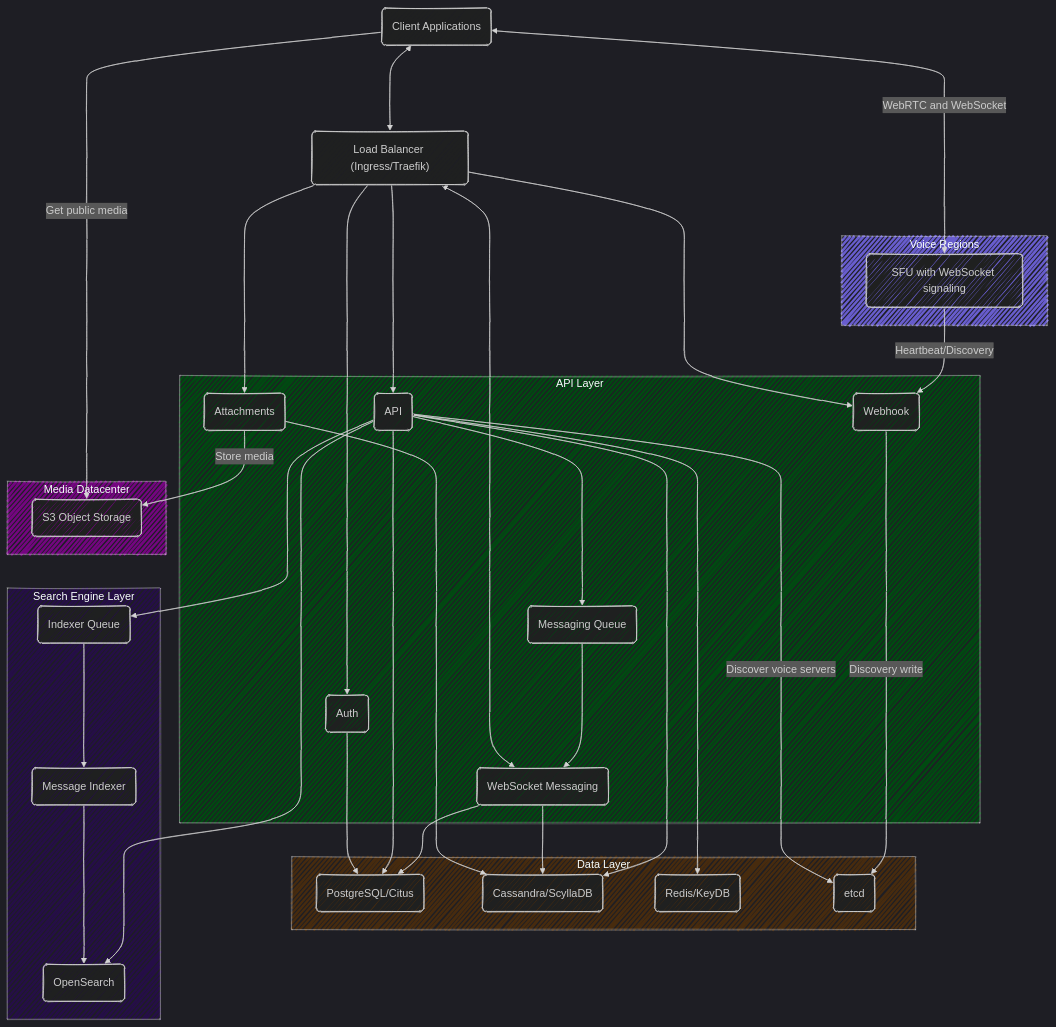
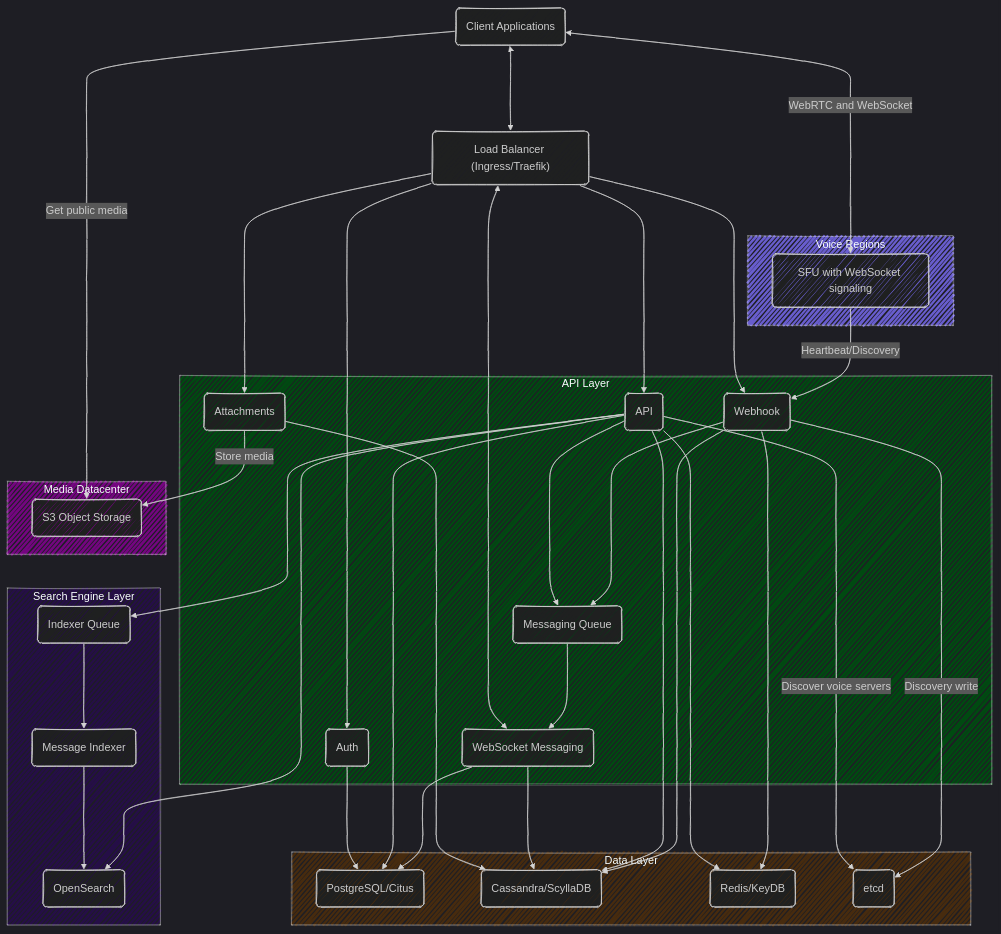
Before and after one commit to FlameInTheDark/gochat: the diagram in docs/project/README.md, drawn with Mermaid. The commit also changed 2 other files, not shown here.

Commit message:
docs: updated flow schema and tool docs

````diff
--- a/docs/project/README.md
+++ b/docs/project/README.md
@@ -21,69 +21,71 @@
 ```mermaid
 ---
 config:
     look: handDrawn
     theme: dark
 ---
 flowchart
     n4("Client Applications")
     n13("Load Balancer (Ingress/Traefik)")
 
     subgraph s1["API Layer"]
         n7("Messaging Queue")
         n3("WebSocket Messaging")
         n2("Auth")
         n1("API")
         n14("Attachments")
         n17("Webhook")
     end
     subgraph s2["Data Layer"]
         n8("PostgreSQL/Citus")
         n6("Cassandra/ScyllaDB")
         n5("Redis/KeyDB")
         n16("etcd")
     end
     subgraph s3["Search Engine Layer"]
         n12("OpenSearch")
         n11("Message Indexer")
         n10("Indexer Queue")
     end
     subgraph s4["Voice Regions"]
         n15("SFU with WebSocket signaling")
     end
     subgraph s5["Media Datacenter"]
         n9("S3 Object Storage")
     end
 
-
+    n17 ---> n6
+    n17 ---> n7
     n1 ---> n7
     n7 ---> n3
-    n3 --> n8
-    n1 --> n6
-    n3 --> n6
-    n1 --> n8
+    n3 ---> n8
+    n1 ---> n6
+    n3 ---> n6
+    n1 ---> n8
+    n17 ---> n5
     n1 --> n5
     n1 ---> n10
     n10 ---> n11
     n1 ---> n12
     n11 ---> n12
     n2 ---> n8
     n4 <---> n13
     n13 ---> n1
     n13 ---> n2
     n13 <--> n3
     n13 ---> n14
     n14 -- "Store media" --> n9
     n14 ---> n6
     n4 <-- "WebRTC and WebSocket" --> n15
     n15 -- "Heartbeat/Discovery" --> n17
     n13 ---> n17
     n17 -- "Discovery write" --> n16
     n1 -- "Discover voice servers" --> n16
     n4 -- "Get public media" --> n9
 
     style s1 fill:#004a11
     style s2 fill:#472b0e
     style s3 fill:#250e47
     style s4 fill:#685dce
     style s5 fill:#740580
 ```
````
